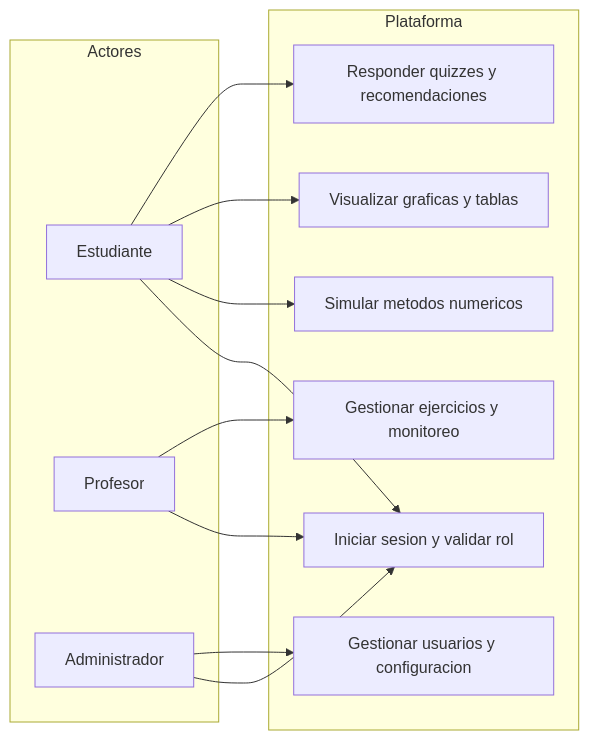
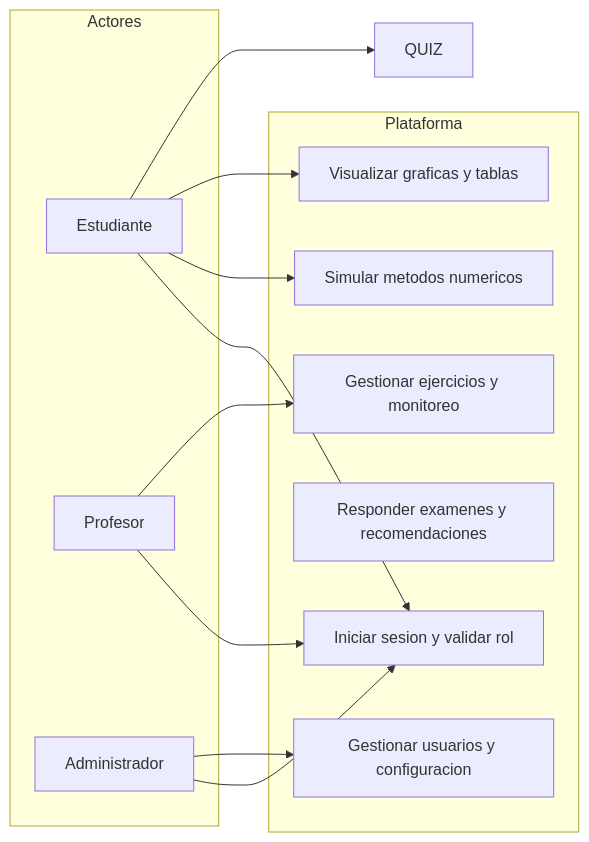
The third of 5 diagrams in README.md (jjcuello/Programacion-numerica), drawn with Mermaid before and after one commit. The commit also changed other lines of this file, not shown here.

````diff
--- a/README.md
+++ b/README.md
@@ -247,26 +247,26 @@
 ```mermaid
 flowchart LR
     subgraph Actores
         EST[Estudiante]
         PRO[Profesor]
         ADM[Administrador]
     end
 
     subgraph Plataforma
         LOGIN[Iniciar sesion y validar rol]
         SIM[Simular metodos numericos]
         GRAF[Visualizar graficas y tablas]
-        QUIZ[Responder quizzes y recomendaciones]
+        EXAMENES[Responder examenes y recomendaciones]
         DOC[Gestionar ejercicios y monitoreo]
         CRUD[Gestionar usuarios y configuracion]
     end
 
     EST --> LOGIN
     EST --> SIM
     EST --> GRAF
     EST --> QUIZ
     PRO --> LOGIN
     PRO --> DOC
     ADM --> LOGIN
     ADM --> CRUD
 ```
````
